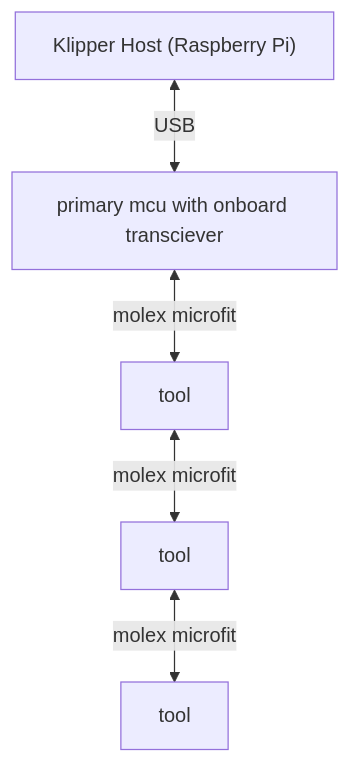
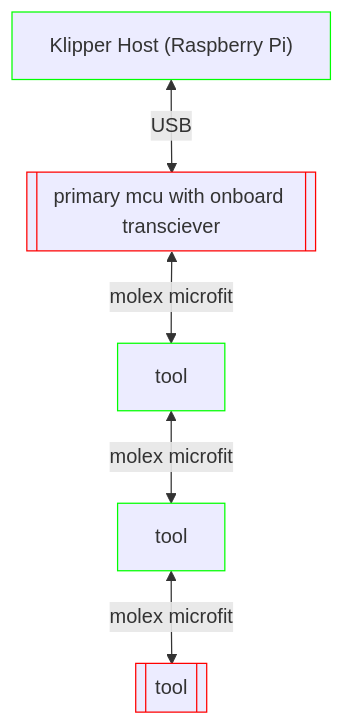
The eighth of 9 diagrams in can.md (willpuckett/kb_can), drawn with Mermaid before and after one commit. The commit also changed other lines of this file and 1 other file, not shown here.

````diff
--- a/can.md
+++ b/can.md
@@ -298,11 +343,15 @@
 ```mermaid
 graph TD;
-    sbc["Klipper Host (Raspberry Pi)"]
-    t0[tool]
-    t1[tool]
-    t2[tool]
-    primary["primary mcu with onboard transciever"]
+    classDef term stroke:#f00
+    classDef can stroke:#0f0
+    classDef nc stroke:#00f
+
+    sbc["Klipper Host (Raspberry Pi)"]:::can
+    t0[tool]:::can
+    t1[tool]:::can
+    t2[[tool]]:::term
+    primary[["primary mcu with onboard transciever"]]:::term
 
     sbc <--USB--> primary <--molex microfit--> t0 
     t0 <--molex microfit--> t1 <--molex microfit--> t2
 ```
````
